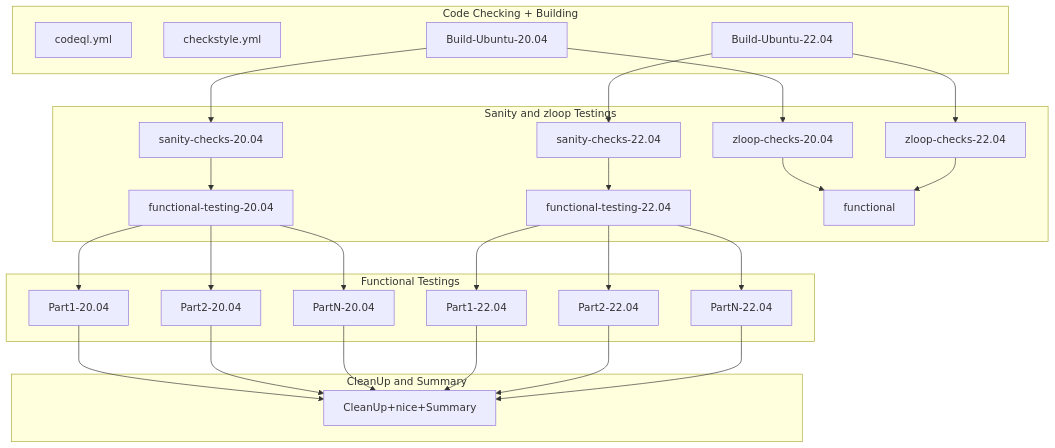
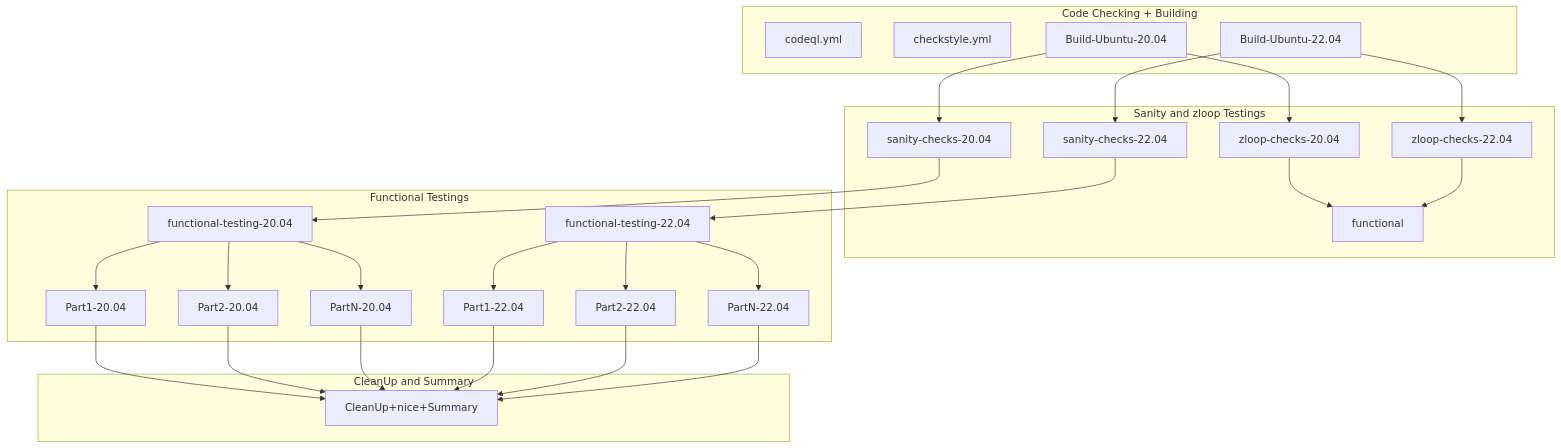
The diagram in .github/workflows/README.md (andrewc12/openzfs), drawn with Mermaid before and after one commit.

````diff
--- a/.github/workflows/README.md
+++ b/.github/workflows/README.md
@@ -4,60 +4,58 @@
 ```mermaid
 flowchart TB
 subgraph Code Checking + Building
   codeql.yml
   checkstyle.yml
   Build-Ubuntu-20.04
   Build-Ubuntu-22.04
   Build-Ubuntu-20.04
   Build-Ubuntu-22.04
 end
 
 subgraph Sanity and zloop Testings
   sanity-checks-20.04
-  functional-testing-20.04
   sanity-checks-22.04
-  functional-testing-22.04
   zloop-checks-20.04
   functional
   zloop-checks-22.04
 end
 
 subgraph Functional Testings
   functional-testing-20.04
   functional-testing-22.04
   Part1-20.04
   Part2-20.04
   PartN-20.04
   Part1-22.04
   Part2-22.04
   PartN-22.04
 end
 
 subgraph CleanUp and Summary
   CleanUp+nice+Summary
 end
 
   Build-Ubuntu-20.04-->sanity-checks-20.04
   Build-Ubuntu-22.04-->sanity-checks-22.04
   Build-Ubuntu-20.04-->zloop-checks-20.04
   Build-Ubuntu-22.04-->zloop-checks-22.04
 
   sanity-checks-20.04-->functional-testing-20.04
   sanity-checks-22.04-->functional-testing-22.04
   zloop-checks-20.04-->functional
   zloop-checks-22.04-->functional
 
   functional-testing-20.04-->Part1-20.04
   functional-testing-20.04-->Part2-20.04
   functional-testing-20.04-->PartN-20.04
   functional-testing-22.04-->Part1-22.04
   functional-testing-22.04-->Part2-22.04
   functional-testing-22.04-->PartN-22.04
 
   Part1-20.04-->CleanUp+nice+Summary
   Part2-20.04-->CleanUp+nice+Summary
   PartN-20.04-->CleanUp+nice+Summary
   Part1-22.04-->CleanUp+nice+Summary
   Part2-22.04-->CleanUp+nice+Summary
   PartN-22.04-->CleanUp+nice+Summary
 ```
````
